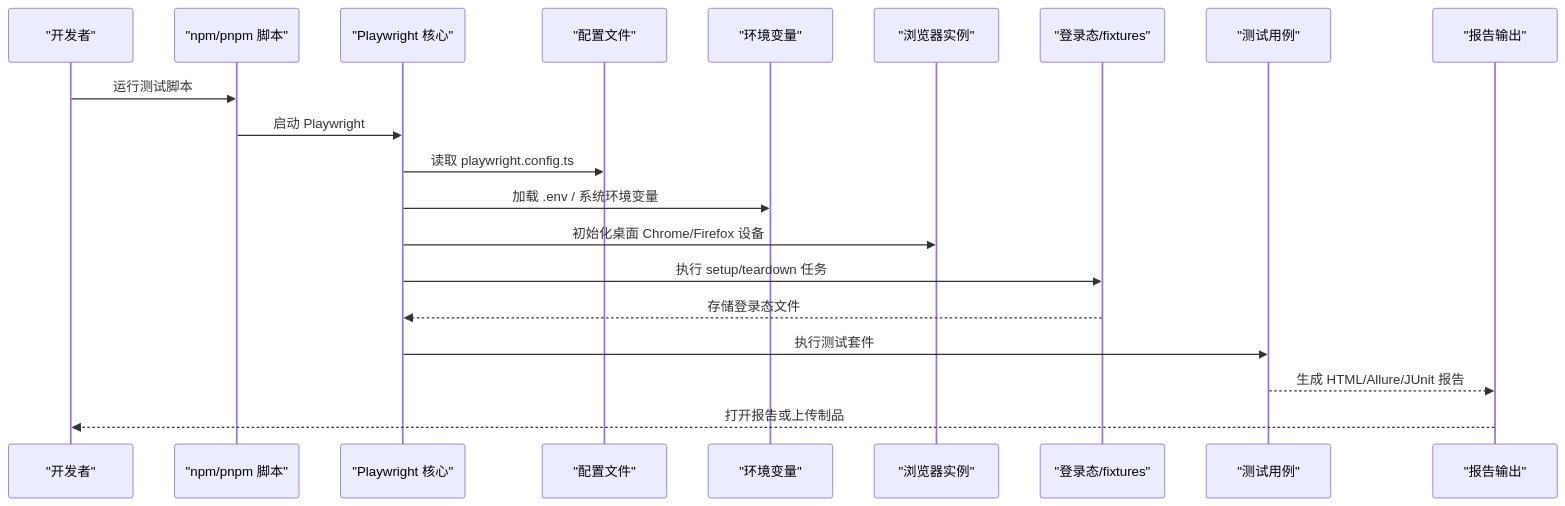
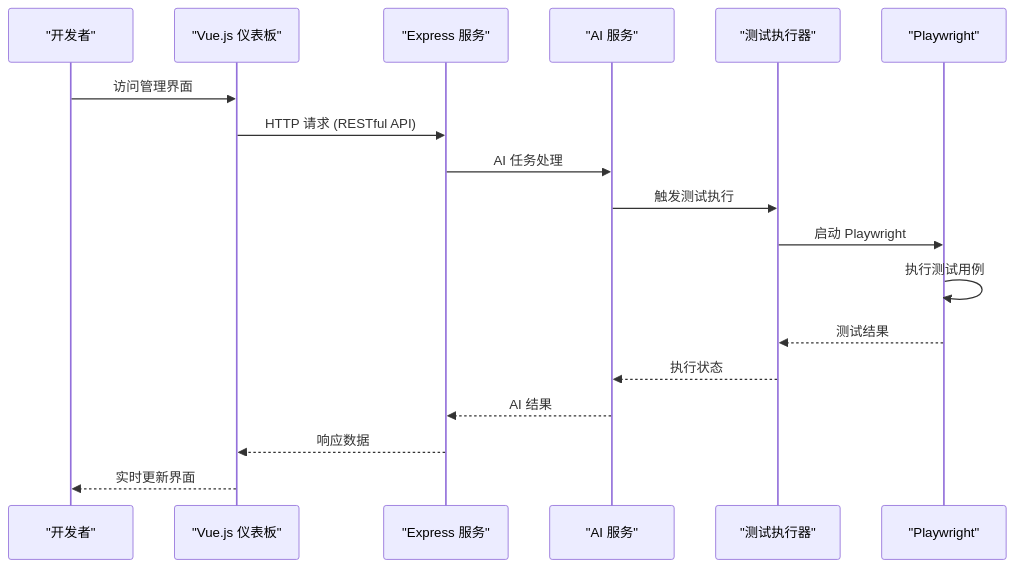
The second of 4 diagrams in .qoder/repowiki/zh/content/开发者指南/开发环境设置.md (zzgoviziwind/--playwright), drawn with Mermaid before and after one commit. The commit also changed other lines of this file and 112 other files, not shown here.

````diff
--- a/.qoder/repowiki/zh/content/开发者指南/开发环境设置.md
+++ b/.qoder/repowiki/zh/content/开发者指南/开发环境设置.md
@@ -87,22 +118,20 @@
 ```mermaid
 sequenceDiagram
 participant Dev as "开发者"
-participant NPM as "npm/pnpm 脚本"
-participant PW as "Playwright 核心"
-participant CFG as "配置文件"
-participant ENV as "环境变量"
-participant B as "浏览器实例"
-participant FIX as "登录态/fixtures"
-participant T as "测试用例"
-participant R as "报告输出"
-Dev->>NPM : 运行测试脚本
-NPM->>PW : 启动 Playwright
-PW->>CFG : 读取 playwright.config.ts
-PW->>ENV : 加载 .env / 系统环境变量
-PW->>B : 初始化桌面 Chrome/Firefox 设备
-PW->>FIX : 执行 setup/teardown 任务
-FIX-->>PW : 存储登录态文件
-PW->>T : 执行测试套件
-T-->>R : 生成 HTML/Allure/JUnit 报告
-R-->>Dev : 打开报告或上传制品
+participant Frontend as "Vue.js 仪表板"
+participant Backend as "Express 服务"
+participant AI as "AI 服务"
+participant Runner as "测试执行器"
+participant PW as "Playwright"
+Dev->>Frontend : 访问管理界面
+Frontend->>Backend : HTTP 请求 (RESTful API)
+Backend->>AI : AI 任务处理
+AI->>Runner : 触发测试执行
+Runner->>PW : 启动 Playwright
+PW->>PW : 执行测试用例
+PW-->>Runner : 测试结果
+Runner-->>AI : 执行状态
+AI-->>Backend : AI 结果
+Backend-->>Frontend : 响应数据
+Frontend-->>Dev : 实时更新界面
 ```
````
